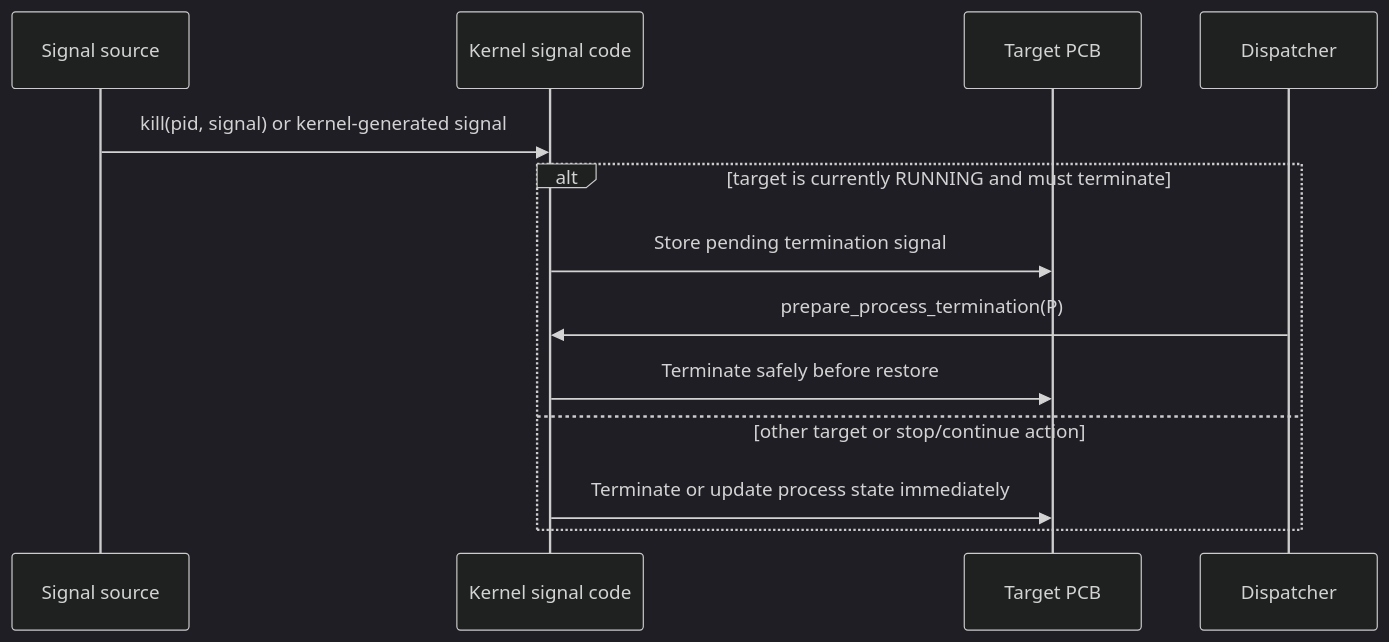
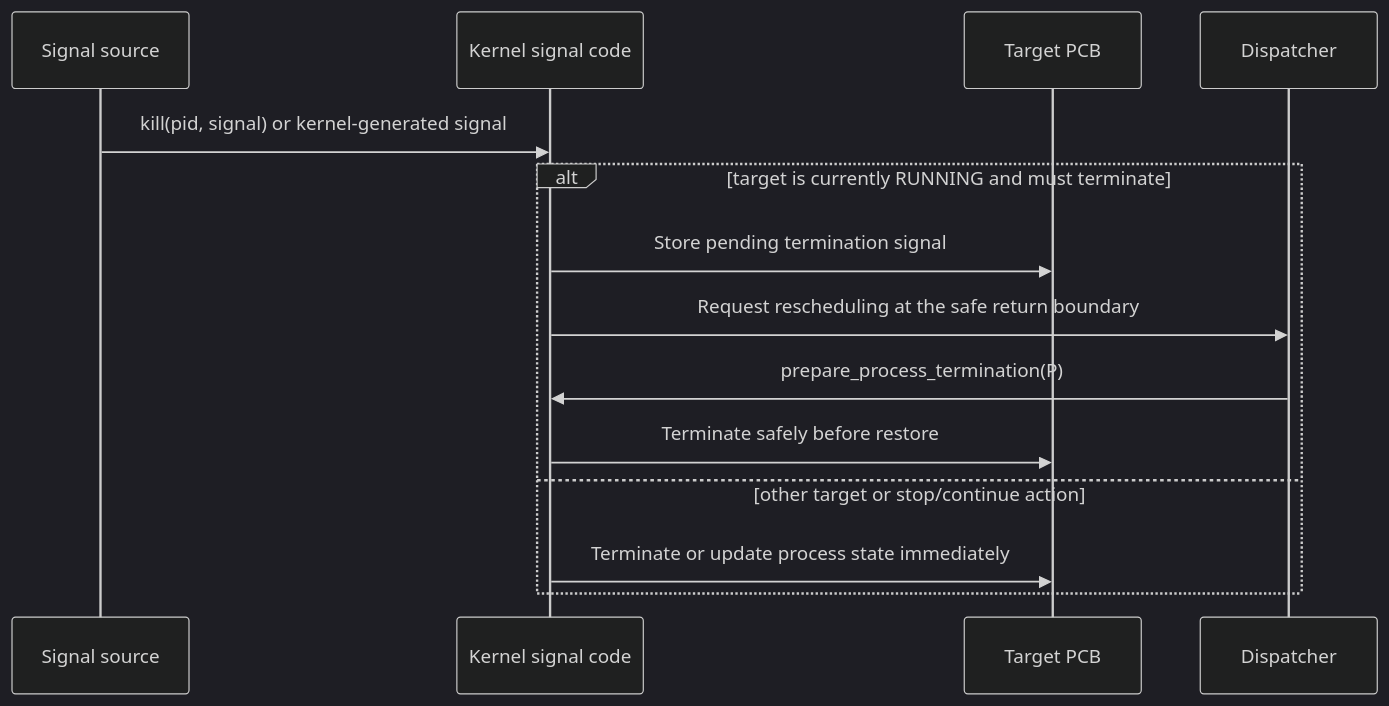
Before and after one commit to matthejue/Pico-OS: diagram 15 of 30 in README.md, drawn with Mermaid (dark theme). The commit also changed other lines of this file and 1 other file, not shown here.

````diff
--- a/README.md
+++ b/README.md
@@ -2160,16 +2161,17 @@
 ```mermaid
 sequenceDiagram
     participant S as Signal source
     participant K as Kernel signal code
     participant P as Target PCB
     participant D as Dispatcher
 
     S->>K: kill(pid, signal) or kernel-generated signal
     alt target is currently RUNNING and must terminate
         K->>P: Store pending termination signal
+        K->>D: Request rescheduling at the safe return boundary
         D->>K: prepare_process_termination(P)
         K->>P: Terminate safely before restore
     else other target or stop/continue action
         K->>P: Terminate or update process state immediately
     end
 ```
````
